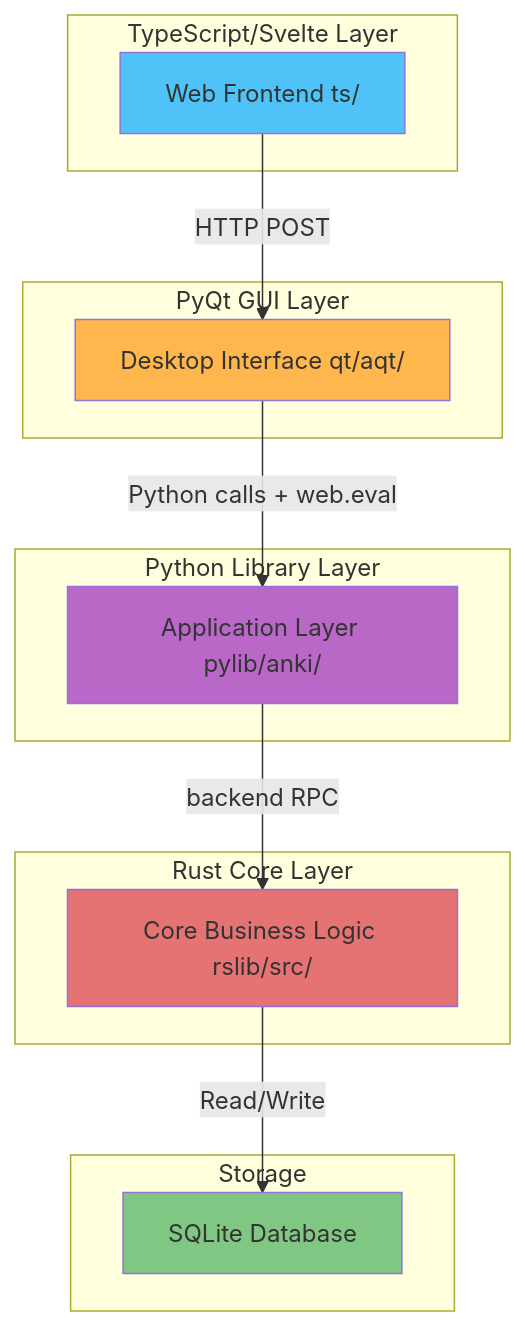
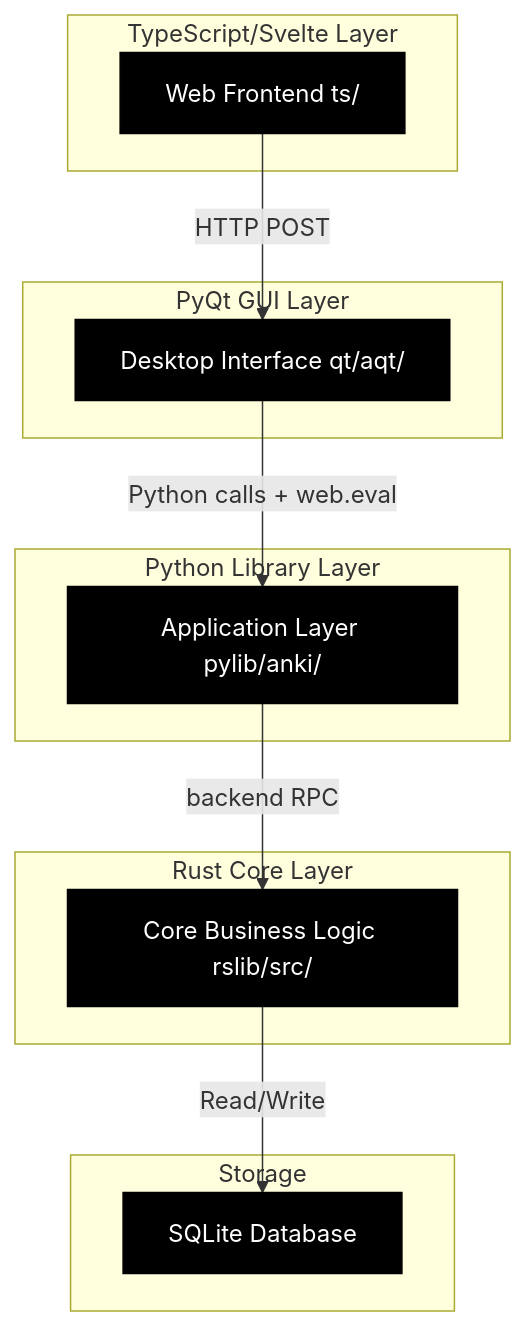
One commit to ankitects/anki changed the first of 4 diagrams in docs/technical.md. Above: the diagram before and after it, drawn with Mermaid. The commit also changed other lines of this file, not shown here.

````diff
--- a/docs/technical.md
+++ b/docs/technical.md
@@ -13,33 +82,33 @@
 ```mermaid
 graph TB
     subgraph TS["TypeScript/Svelte Layer"]
         TS_CORE[Web Frontend ts/]
     end
     
     subgraph GUI["PyQt GUI Layer"]
         GUI_CORE[Desktop Interface qt/aqt/]
     end
     
     subgraph PY["Python Library Layer"]
         PY_CORE[Application Layer pylib/anki/]
     end
     
     subgraph RUST["Rust Core Layer"]
         RUST_CORE[Core Business Logic rslib/src/]
     end
     
     subgraph DB["Storage"]
         STORAGE[SQLite Database]
     end
     
     TS_CORE -->|"HTTP POST"| GUI_CORE
     GUI_CORE -->|"Python calls + web.eval"| PY_CORE
     PY_CORE -->|"backend RPC"| RUST_CORE
     RUST_CORE -->|"Read/Write"| STORAGE
     
-    style TS_CORE fill:#4fc3f7
-    style GUI_CORE fill:#ffb74d
-    style PY_CORE fill:#ba68c8
-    style RUST_CORE fill:#e57373
-    style STORAGE fill:#81c784
+    style TS_CORE fill:#000000,stroke:#000000,color:#ffffff
+    style GUI_CORE fill:#000000,stroke:#000000,color:#ffffff
+    style PY_CORE fill:#000000,stroke:#000000,color:#ffffff
+    style RUST_CORE fill:#000000,stroke:#000000,color:#ffffff
+    style STORAGE fill:#000000,stroke:#000000,color:#ffffff
 ```
````
